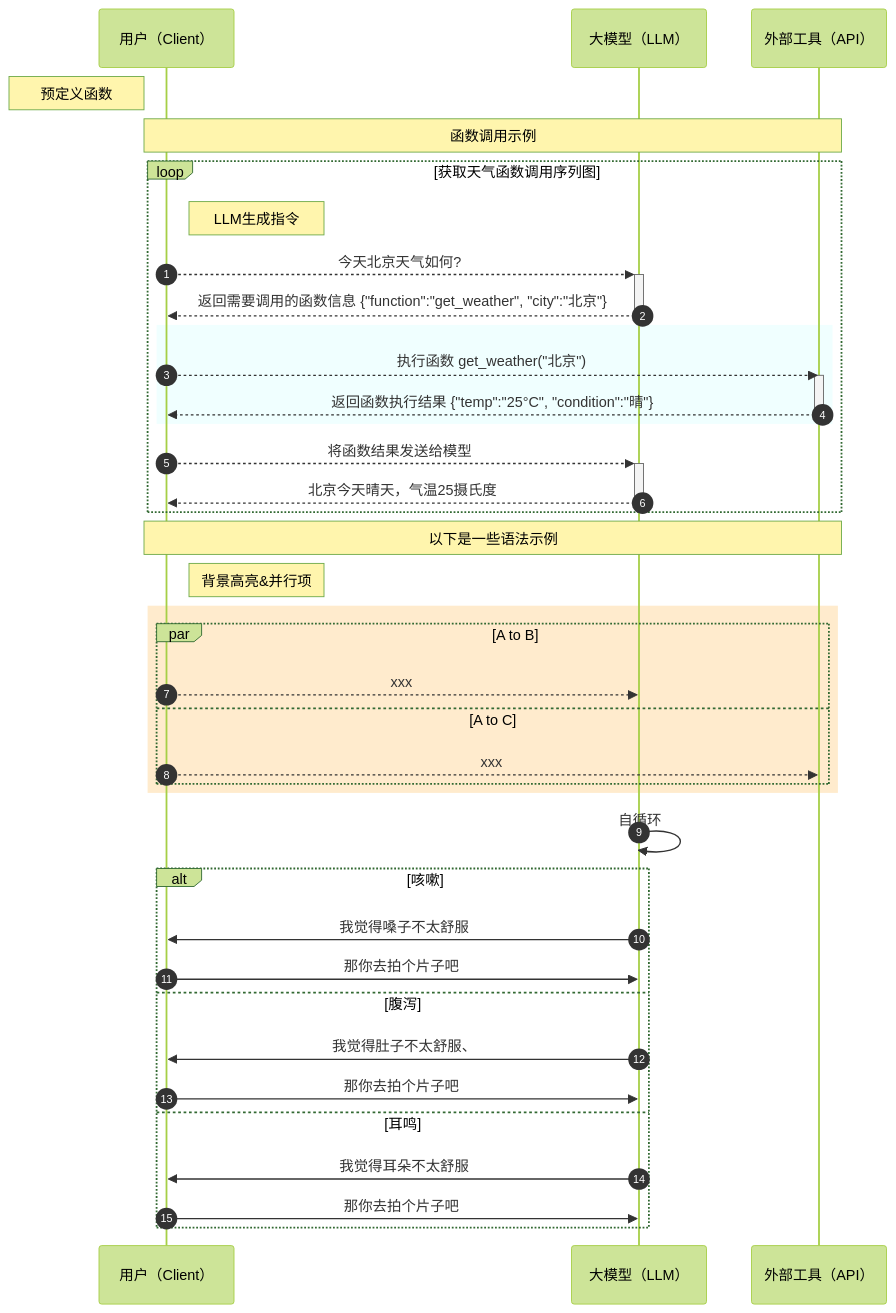
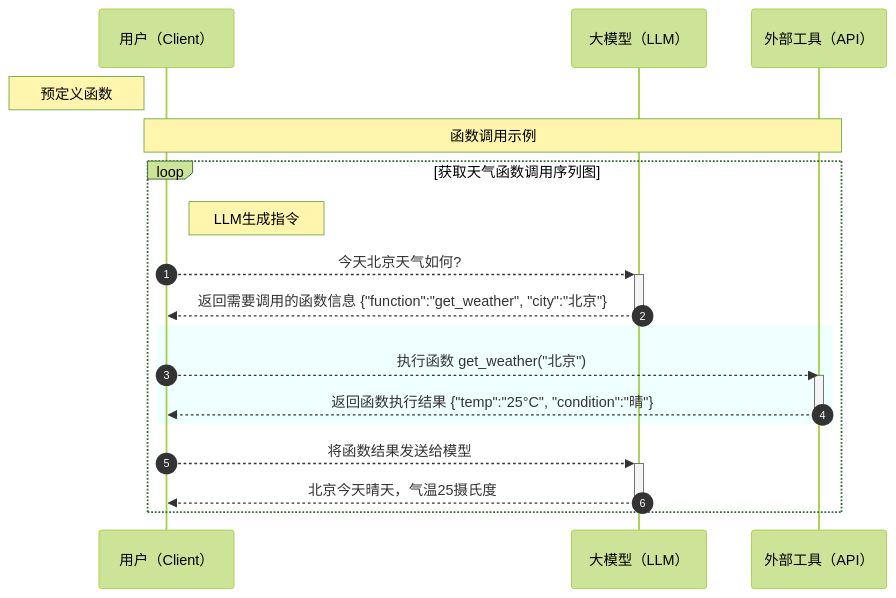
Before and after one commit to 0x00t0x7f/misc-notes: the third of 4 diagrams in mermaid图示例.md, drawn with Mermaid (forest theme).

````diff
--- a/mermaid图示例.md
+++ b/mermaid图示例.md
@@ -99,48 +99,24 @@
 ```mermaid
 sequenceDiagram
     autonumber
     participant A as 用户（Client）
     participant B as 大模型（LLM）
     participant C as 外部工具（API）
 
     %% 可以直接用别名替代
     Note left of A: 预定义函数
     Note over A, C: 函数调用示例
     loop 获取天气函数调用序列图
         Note right of A: LLM生成指令
         A -->>+ B: 今天北京天气如何?
         B -->>- A: 返回需要调用的函数信息 {"function":"get_weather", "city":"北京"}
         rect rgb(240, 255, 255)
         A -->> C: 执行函数 get_weather("北京")
         activate C
         C -->> A: 返回函数执行结果 {"temp":"25°C", "condition":"晴"}
         deactivate C
         end
         A -->>+ B: 将函数结果发送给模型
         B -->>- A: 北京今天晴天，气温25摄氏度
     end
-    Note over A,C: 以下是一些语法示例
-    Note right of A: 背景高亮&并行项
-    rect rgb(255, 235, 205)
-    par A to B
-        A -->> B: xxx 
-    and A to C
-        A -->> C: xxx
-    end
-    end
-    B ->> B: 自循环
-    
-    %% 替换项和可选项 alt opt
-    %% 替换项 alt标识在框内选择一种可能发生的情况
-    %% 可选项 opt表示一种可能发生的情况
-    alt 咳嗽
-	B ->> A : 我觉得嗓子不太舒服
-	A ->> B: 那你去拍个片子吧
-	else 腹泻
-	B ->> A : 我觉得肚子不太舒服、
-	A ->> B: 那你去拍个片子吧
-	else 耳鸣
-	B ->> A : 我觉得耳朵不太舒服
-	A ->> B: 那你去拍个片子吧
-	end
 ```
````
